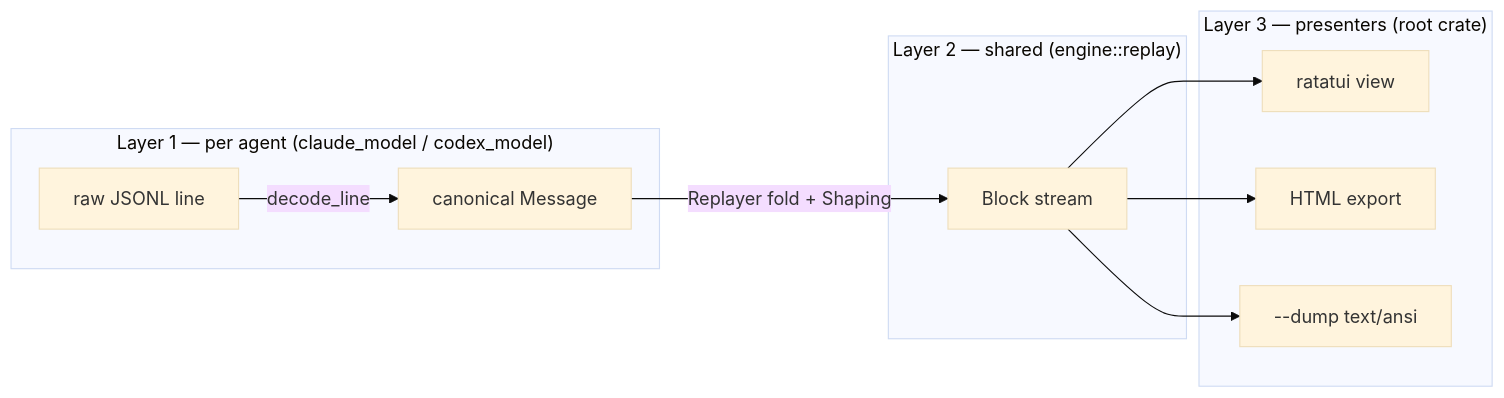
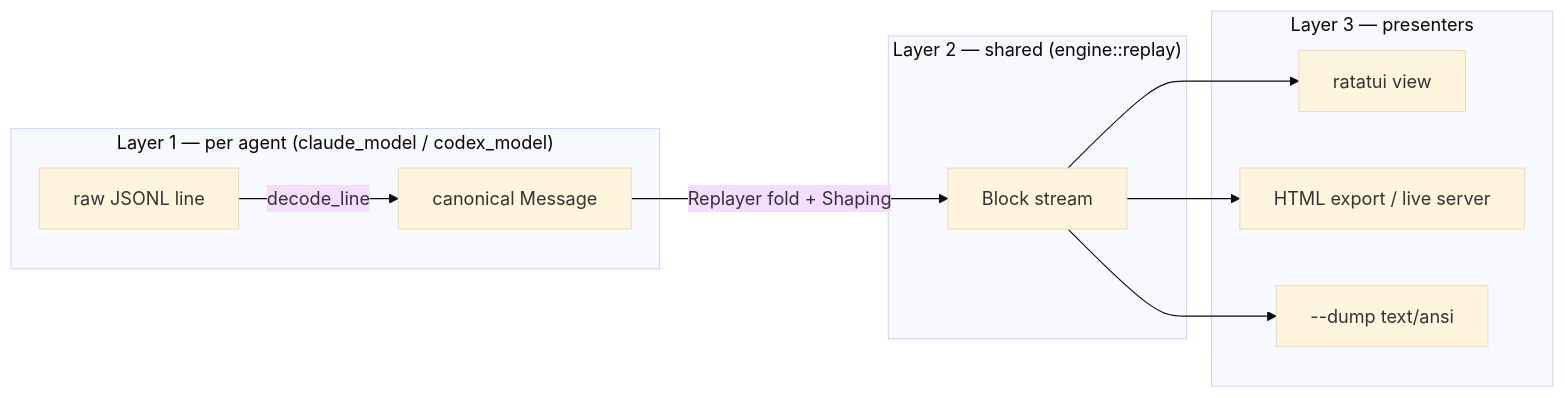
Before and after one commit to tanghong123/claude-replay: the diagram in docs/architecture.md, drawn with Mermaid (base theme). The commit also changed other lines of this file and 1 other file, not shown here.

First line of the commit message:
docs: overhaul architecture + developer guide for the layered workspace (#73)

````diff
--- a/docs/architecture.md
+++ b/docs/architecture.md
@@ -49,14 +81,14 @@
 ```mermaid
 flowchart LR
   subgraph L1["Layer 1 — per agent (claude_model / codex_model)"]
     RAW["raw JSONL line"] -->|decode_line| MSG["canonical Message"]
   end
   subgraph L2["Layer 2 — shared (engine::replay)"]
     MSG -->|"Replayer fold + Shaping"| BLK["Block stream"]
   end
-  subgraph L3["Layer 3 — presenters (root crate)"]
+  subgraph L3["Layer 3 — presenters"]
     BLK --> TUI["ratatui view"]
-    BLK --> HTML["HTML export"]
+    BLK --> HTML["HTML export / live server"]
     BLK --> DUMP["--dump text/ansi"]
   end
 ```
````
